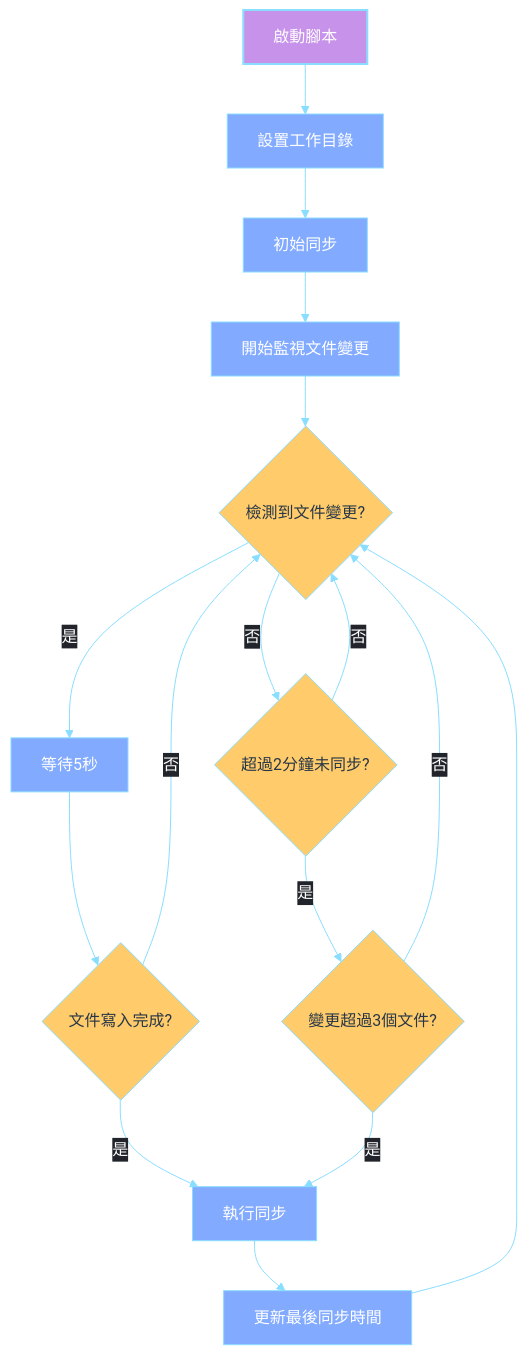
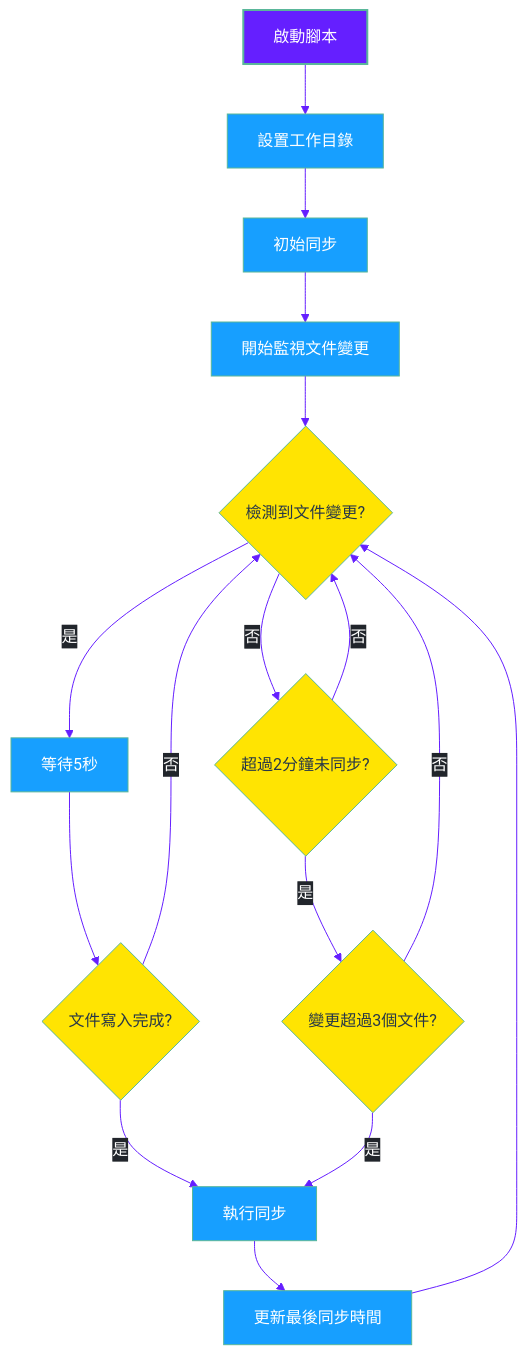
The second of 2 diagrams in Logseq同步方案演進記錄.md (GengGeng026/Sync-Logseq), drawn with Mermaid before and after one commit. The commit also changed other lines of this file, not shown here.

````diff
--- a/Logseq同步方案演進記錄.md
+++ b/Logseq同步方案演進記錄.md
@@ -371,52 +364,52 @@
 ```mermaid
 %%{init: {
   'theme': 'base', 
   'themeVariables': {
-    'primaryColor': '#82AAFF',
+    'primaryColor': '#179FFF',
     'primaryTextColor': '#FFFFFF',
-    'primaryBorderColor': '#82AAFF',
-    'lineColor': '#89DDFF',
-    'secondaryColor': '#C792EA',
-    'tertiaryColor': '#F07178',
+    'primaryBorderColor': '#179FFF',
+    'lineColor': '#651FFF',
+    'secondaryColor': '#FFE402',
+    'tertiaryColor': '#FF7D78',
     'background': 'transparent',
-    'textColor': '#EEFFFF',
+    'textColor': '#FFFFFF',
     'mainBkg': '#273747',
-    'nodeBorder': '#89DDFF',
+    'nodeBorder': '#59B79A',
     'clusterBkg': 'transparent',
     'edgeLabelBackground': '#21252B'
   },
   'flowchart': {
     'curve': 'basis',
     'nodeSpacing': 50,
     'rankSpacing': 50,
     'padding': 15
   }
 }}%%
 flowchart TD
     %% 節點樣式優化
-    classDef start fill:#C792EA,stroke:#89DDFF,color:#FFFFFF,stroke-width:2px;
-    classDef process fill:#82AAFF,stroke:#89DDFF,color:#FFFFFF,stroke-width:1px;
-    classDef condition fill:#FFCB6B,stroke:#89DDFF,color:#273747,stroke-width:1px,shape:diamond;
-    classDef action fill:#F07178,stroke:#89DDFF,color:#FFFFFF,stroke-width:1px;
+    classDef start fill:#651FFF,stroke:#59B79A,color:#FFFFFF,stroke-width:2px;
+    classDef process fill:#179FFF,stroke:#59B79A,color:#FFFFFF,stroke-width:1px;
+    classDef condition fill:#FFE402,stroke:#59B79A,color:#273747,stroke-width:1px,shape:diamond;
+    classDef action fill:#FF7D78,stroke:#59B79A,color:#FFFFFF,stroke-width:1px;
     
     A[啟動腳本] --> B[設置工作目錄]
     B --> C[初始同步]
     C --> D[開始監視文件變更]
     D --> E{檢測到文件變更?}
     E -->|是| F[等待5秒]
     F --> G{文件寫入完成?}
     G -->|是| H[執行同步]
     G -->|否| E
     E -->|否| I{超過2分鐘未同步?}
     I -->|是| J{變更超過3個文件?}
     J -->|是| H
     J -->|否| E
     I -->|否| E
     H --> K[更新最後同步時間]
     K --> E
     
     %% 應用樣式
     class A start;
     class B,C,D,F,H,K process;
     class E,G,I,J condition;
 ```
````
